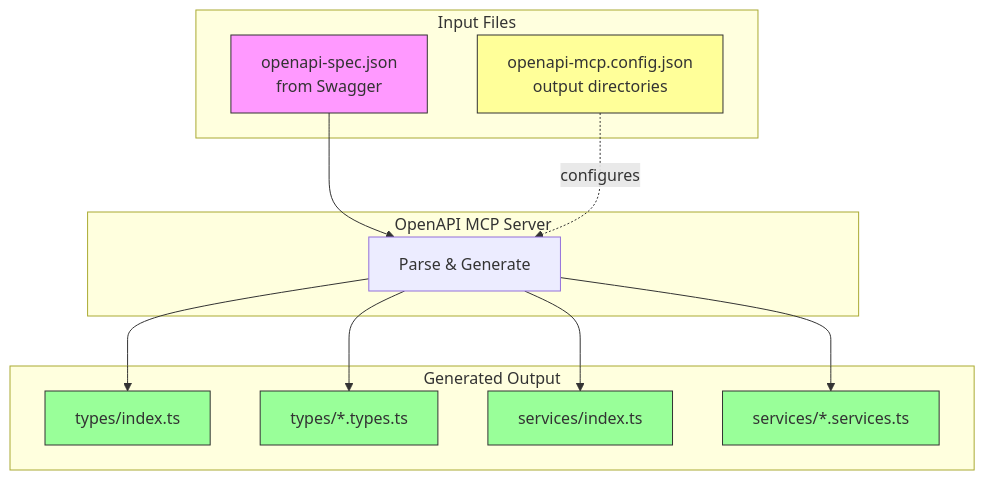
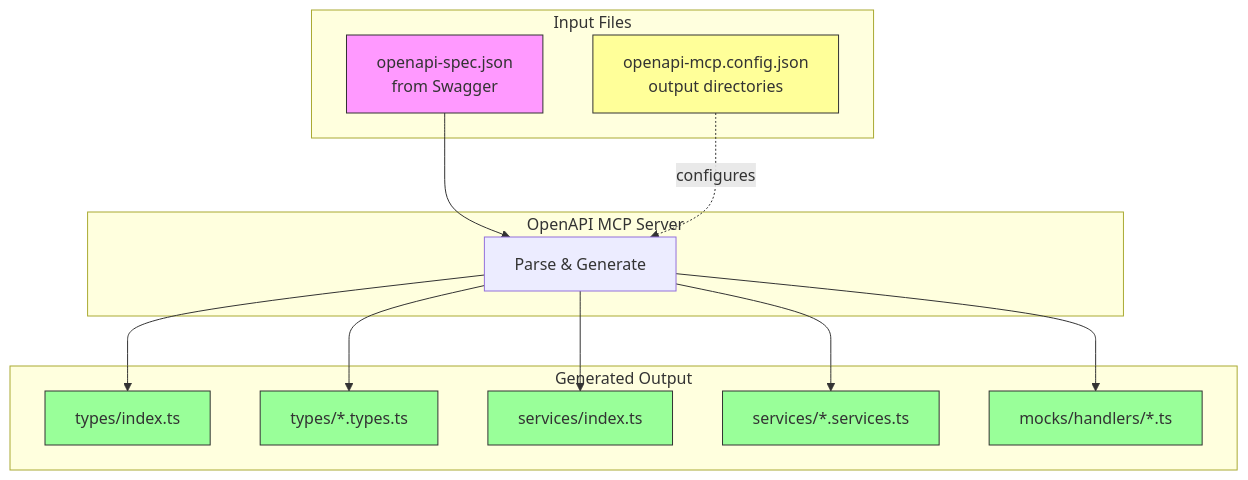
The eighth of 8 diagrams in README.md (dianramdhani/openapi-mcp), drawn with Mermaid before and after one commit. The commit also changed other lines of this file and 11 other files, not shown here.

````diff
--- a/README.md
+++ b/README.md
@@ -304,32 +327,35 @@
 ```mermaid
 graph TD
     subgraph Input["Input Files"]
         A[openapi-spec.json<br/>from Swagger]
         B[openapi-mcp.config.json<br/>output directories]
     end
 
     subgraph MCP["OpenAPI MCP Server"]
         C[Parse & Generate]
     end
 
     subgraph Output["Generated Output"]
         D[types/index.ts]
         E[types/*.types.ts]
         F[services/index.ts]
         G[services/*.services.ts]
+        H[mocks/handlers/*.ts]
     end
 
     A --> C
     B -.->|configures| C
     C --> D
     C --> E
     C --> F
     C --> G
+    C --> H
     
     style A fill:#f9f,stroke:#333
     style B fill:#ff9,stroke:#333
     style D fill:#9f9,stroke:#333
     style E fill:#9f9,stroke:#333
     style F fill:#9f9,stroke:#333
     style G fill:#9f9,stroke:#333
+    style H fill:#9f9,stroke:#333
 ```
````
